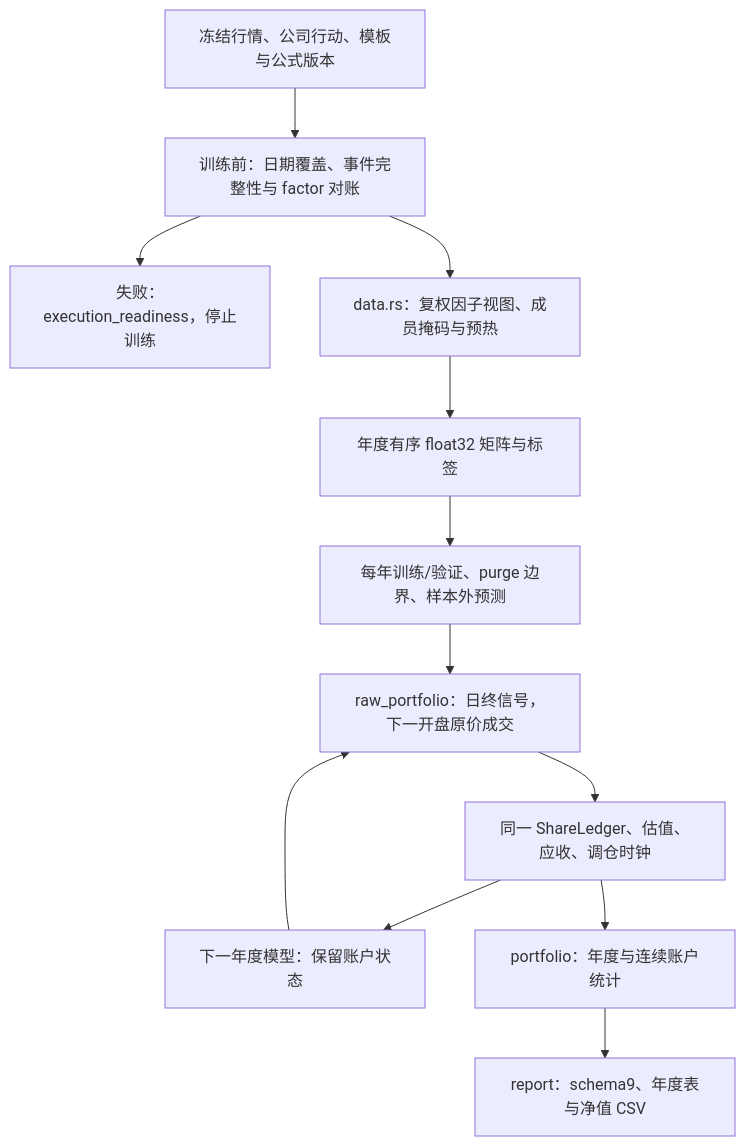
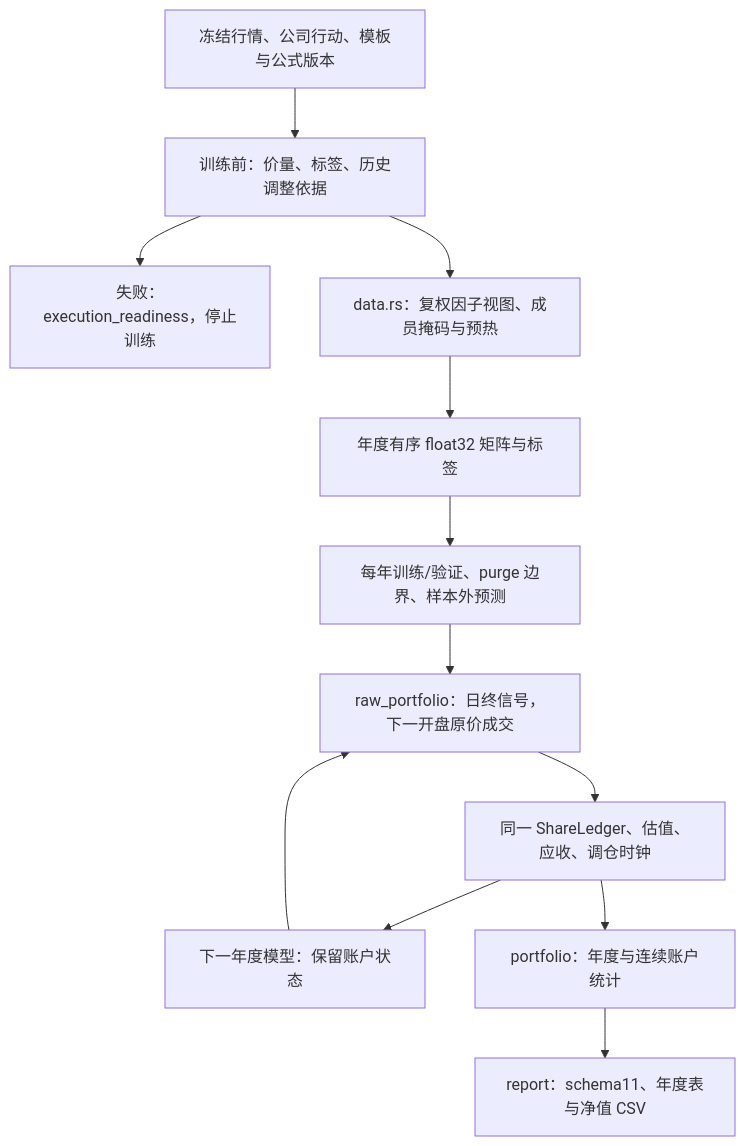
One commit to Dennishaha/JFQuant changed the first of 4 diagrams in crates/ml/src/backtest/README.md. Above: the diagram before and after it, drawn with Mermaid. The commit also changed other lines of this file and 71 other files, not shown here.

````diff
--- a/crates/ml/src/backtest/README.md
+++ b/crates/ml/src/backtest/README.md
@@ -16,14 +16,14 @@
 ```mermaid
 flowchart TD
-  INPUT["冻结行情、公司行动、模板与公式版本"] --> READY["训练前：日期覆盖、事件完整性与 factor 对账"]
+  INPUT["冻结行情、公司行动、模板与公式版本"] --> READY["训练前：价量、标签、历史调整依据"]
   READY --> BLOCK["失败：execution_readiness，停止训练"]
   READY --> FACTOR["data.rs：复权因子视图、成员掩码与预热"]
   FACTOR --> CACHE["年度有序 float32 矩阵与标签"]
   CACHE --> MODEL["每年训练/验证、purge 边界、样本外预测"]
   MODEL --> RAW["raw_portfolio：日终信号，下一开盘原价成交"]
   RAW --> ACCOUNT["同一 ShareLedger、估值、应收、调仓时钟"]
   ACCOUNT --> NEXT["下一年度模型：保留账户状态"]
   NEXT --> RAW
   ACCOUNT --> STATS["portfolio：年度与连续账户统计"]
-  STATS --> REPORT["report：schema9、年度表与净值 CSV"]
+  STATS --> REPORT["report：schema11、年度表与净值 CSV"]
 ```
````
